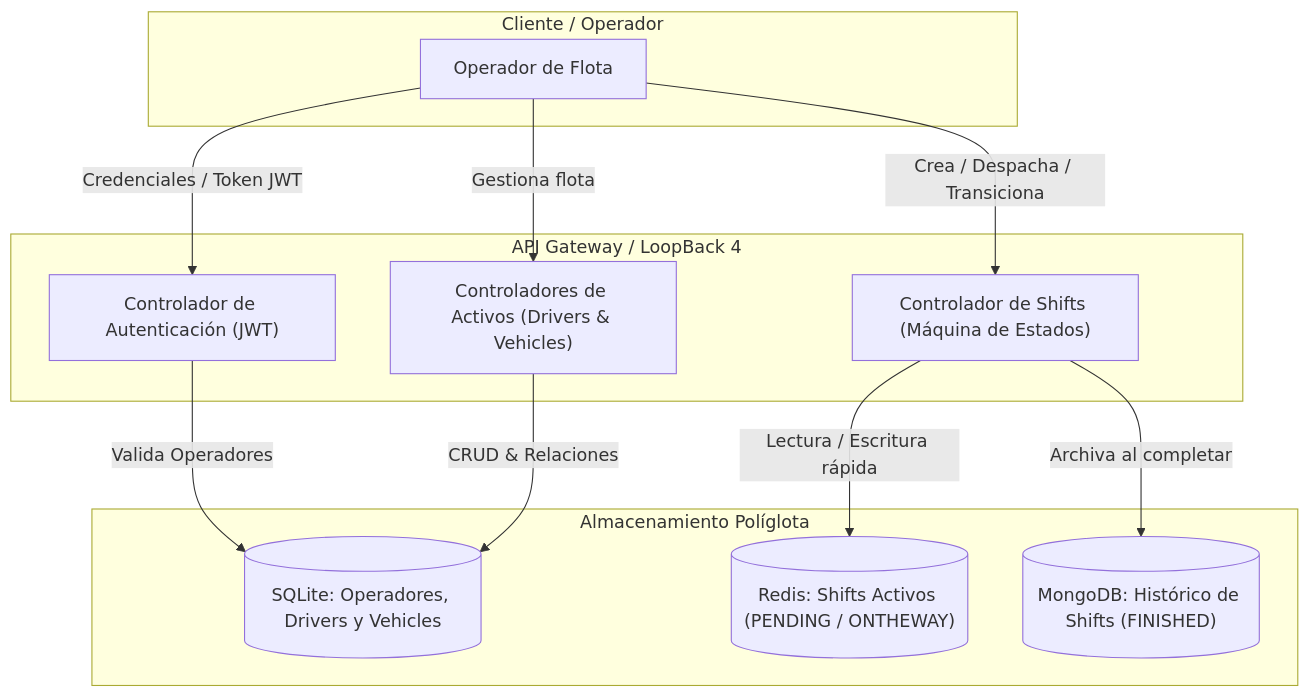
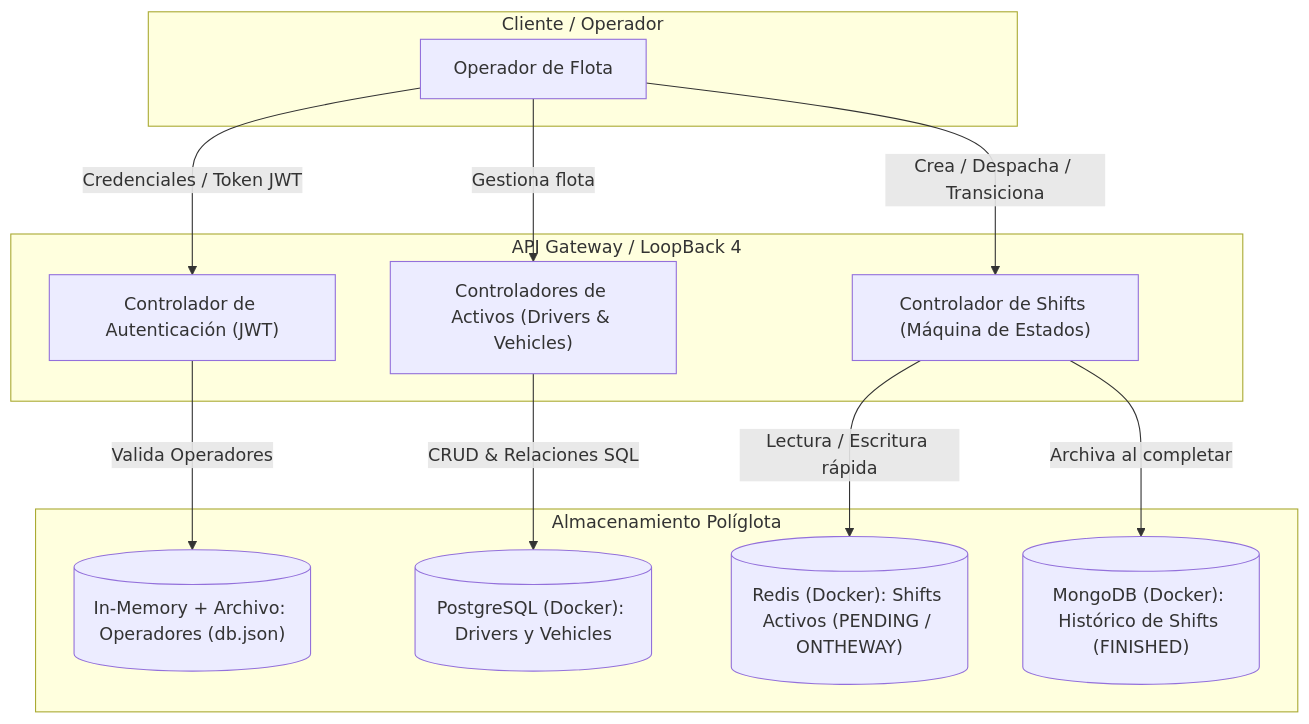
Before and after one commit to PedroOrtRec/simple-taxi-fleet-simulator: the diagram in docs/domain-architecture.md, drawn with Mermaid. The commit also changed other lines of this file and 18 other files, not shown here.

````diff
--- a/docs/domain-architecture.md
+++ b/docs/domain-architecture.md
@@ -11,26 +11,27 @@
 ```mermaid
 flowchart TD
     subgraph Cliente / Operador
         OP["Operador de Flota"]
     end
 
     subgraph API Gateway / LoopBack 4
         AUTH["Controlador de Autenticación (JWT)"]
         CTRL_ASSETS["Controladores de Activos (Drivers & Vehicles)"]
         CTRL_SHIFT["Controlador de Shifts (Máquina de Estados)"]
     end
 
     subgraph Almacenamiento Políglota
-        SQLITE[("SQLite: Operadores, Drivers y Vehicles")]
-        REDIS[("Redis: Shifts Activos (PENDING / ONTHEWAY)")]
-        MONGO[("MongoDB: Histórico de Shifts (FINISHED)")]
+        MEM[("In-Memory + Archivo: Operadores (db.json)")]
+        POSTGRES[("PostgreSQL (Docker): Drivers y Vehicles")]
+        REDIS[("Redis (Docker): Shifts Activos (PENDING / ONTHEWAY)")]
+        MONGO[("MongoDB (Docker): Histórico de Shifts (FINISHED)")]
     end
 
     OP -->|Credenciales / Token JWT| AUTH
-    AUTH -->|Valida Operadores| SQLITE
+    AUTH -->|Valida Operadores| MEM
     OP -->|Gestiona flota| CTRL_ASSETS
-    CTRL_ASSETS -->|CRUD & Relaciones| SQLITE
+    CTRL_ASSETS -->|CRUD & Relaciones SQL| POSTGRES
     OP -->|Crea / Despacha / Transiciona| CTRL_SHIFT
     CTRL_SHIFT -->|Lectura / Escritura rápida| REDIS
     CTRL_SHIFT -->|Archiva al completar| MONGO
 ```
````
